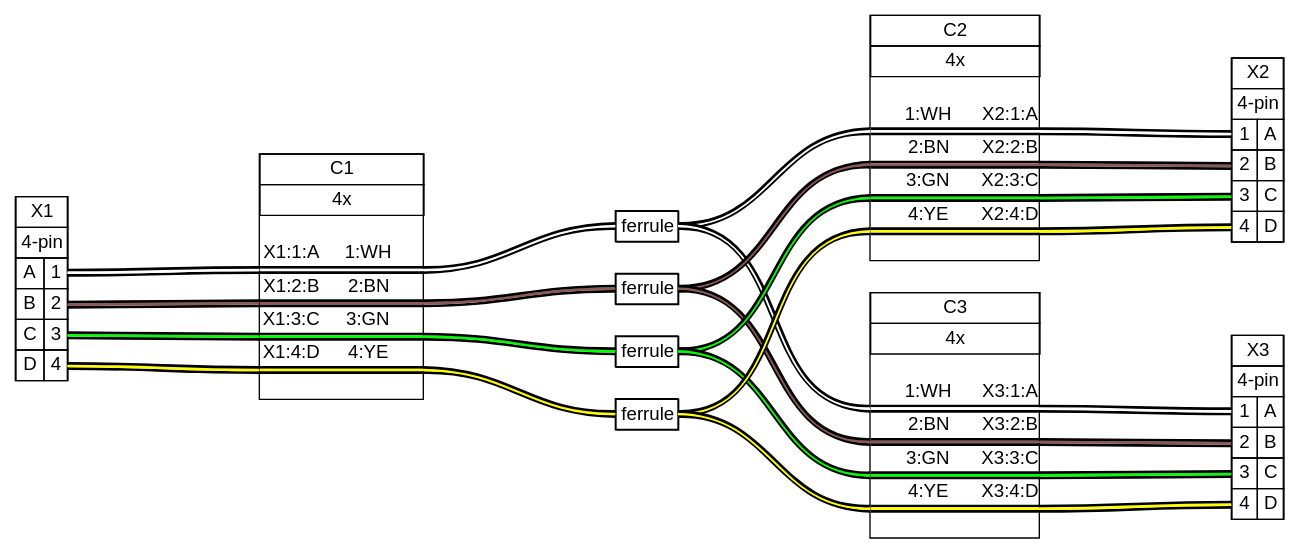
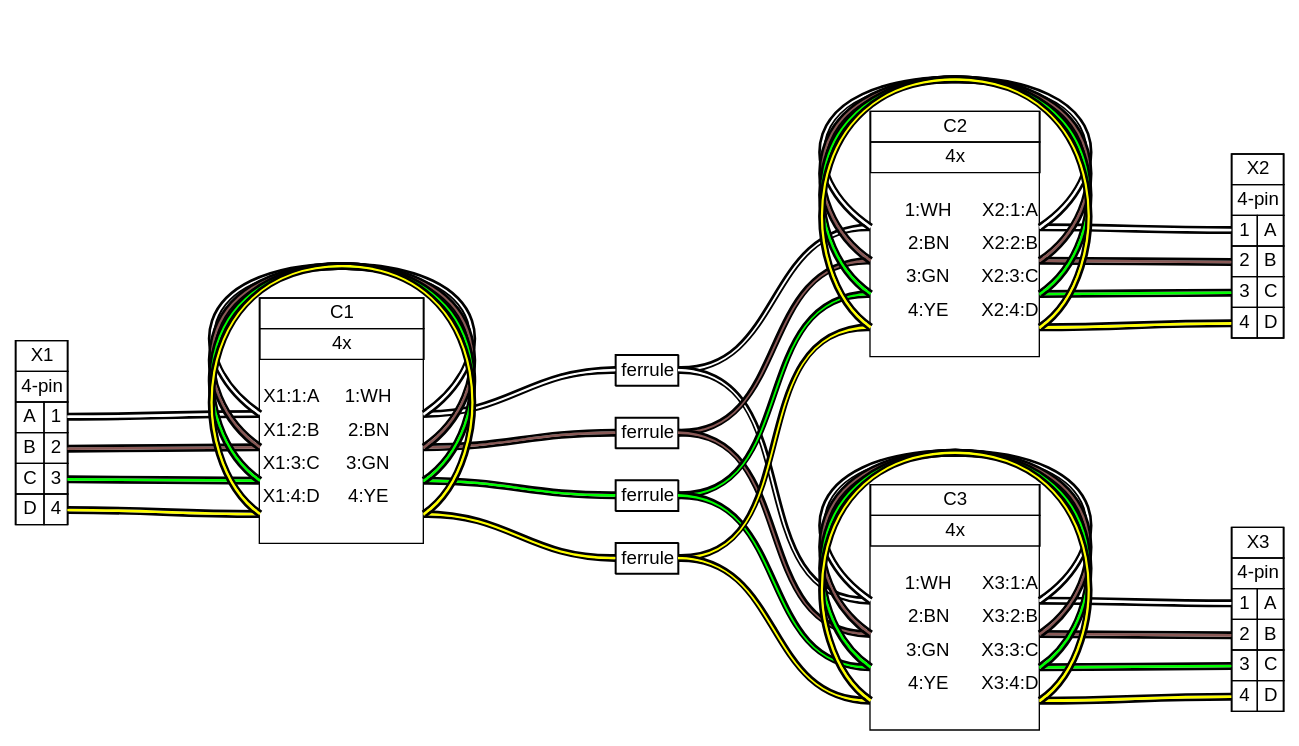
One commit to wireviz/WireViz changed the diagram in examples/ex13.gv. Above: the diagram before and after it, drawn with Graphviz. The commit also changed 104 other files, not shown here.

```diff
--- a/examples/ex13.gv
+++ b/examples/ex13.gv
@@ -1,9 +1,10 @@
 graph {
-// Graph generated by WireViz 0.4
+// Graph generated by WireViz 0.5-dev
 // https://github.com/formatc1702/WireViz
 	graph [bgcolor="#FFFFFF" fontname=arial nodesep=0.33 rankdir=LR ranksep=2]
 	node [fillcolor="#FFFFFF" fontname=arial height=0 margin=0 shape=none style=filled width=0]
 	edge [fontname=arial style=bold]
+	edge [headclip=true style=bold tailclip=true]
 	X1 [label=<
 <table border="0" cellspacing="0" cellpadding="0">
  <tr><td>
@@ -74,6 +75,7 @@
  </td></tr>
 </table>
 > fillcolor="#FFFFFF" shape=box style=filled]
+	edge [headclip=true style=bold tailclip=true]
 	X2 [label=<
 <table border="0" cellspacing="0" cellpadding="0">
  <tr><td>
@@ -108,6 +110,7 @@
  </td></tr>
 </table>
 > fillcolor="#FFFFFF" shape=box style=filled]
+	edge [headclip=true style=bold tailclip=true]
 	X3 [label=<
 <table border="0" cellspacing="0" cellpadding="0">
  <tr><td>
@@ -145,15 +148,19 @@
 	edge [color="#000000:#ffffff:#000000"]
 	X1:p1r:e -- C1:w1:w
 	C1:w1:e -- F1:w
+	C1:w1:w -- C1:w1:e [straight=straight]
 	edge [color="#000000:#895956:#000000"]
 	X1:p2r:e -- C1:w2:w
 	C1:w2:e -- F2:w
+	C1:w2:w -- C1:w2:e [straight=straight]
 	edge [color="#000000:#00ff00:#000000"]
 	X1:p3r:e -- C1:w3:w
 	C1:w3:e -- F3:w
+	C1:w3:w -- C1:w3:e [straight=straight]
 	edge [color="#000000:#ffff00:#000000"]
 	X1:p4r:e -- C1:w4:w
 	C1:w4:e -- F4:w
+	C1:w4:w -- C1:w4:e [straight=straight]
 	C1 [label=<
 <table border="0" cellspacing="0" cellpadding="0">
  <tr><td>
@@ -179,9 +186,7 @@
    <tr>
     <td colspan="3" border="0" cellspacing="0" cellpadding="0" port="w1" height="6">
      <table cellspacing="0" cellborder="0" border="0">
-      <tr><td colspan="3" cellpadding="0" height="2" bgcolor="#000000" border="0"></td></tr>
-      <tr><td colspan="3" cellpadding="0" height="2" bgcolor="#ffffff" border="0"></td></tr>
-      <tr><td colspan="3" cellpadding="0" height="2" bgcolor="#000000" border="0"></td></tr>
+    <tr><td colspan="3" cellpadding="0" height="6" border="0"></td></tr>
      </table>
     </td>
    </tr>
@@ -195,9 +200,7 @@
    <tr>
     <td colspan="3" border="0" cellspacing="0" cellpadding="0" port="w2" height="6">
      <table cellspacing="0" cellborder="0" border="0">
-      <tr><td colspan="3" cellpadding="0" height="2" bgcolor="#000000" border="0"></td></tr>
-      <tr><td colspan="3" cellpadding="0" height="2" bgcolor="#895956" border="0"></td></tr>
-      <tr><td colspan="3" cellpadding="0" height="2" bgcolor="#000000" border="0"></td></tr>
+    <tr><td colspan="3" cellpadding="0" height="6" border="0"></td></tr>
      </table>
     </td>
    </tr>
@@ -211,9 +214,7 @@
    <tr>
     <td colspan="3" border="0" cellspacing="0" cellpadding="0" port="w3" height="6">
      <table cellspacing="0" cellborder="0" border="0">
-      <tr><td colspan="3" cellpadding="0" height="2" bgcolor="#000000" border="0"></td></tr>
-      <tr><td colspan="3" cellpadding="0" height="2" bgcolor="#00ff00" border="0"></td></tr>
-      <tr><td colspan="3" cellpadding="0" height="2" bgcolor="#000000" border="0"></td></tr>
+    <tr><td colspan="3" cellpadding="0" height="6" border="0"></td></tr>
      </table>
     </td>
    </tr>
@@ -227,9 +228,7 @@
    <tr>
     <td colspan="3" border="0" cellspacing="0" cellpadding="0" port="w4" height="6">
      <table cellspacing="0" cellborder="0" border="0">
-      <tr><td colspan="3" cellpadding="0" height="2" bgcolor="#000000" border="0"></td></tr>
-      <tr><td colspan="3" cellpadding="0" height="2" bgcolor="#ffff00" border="0"></td></tr>
-      <tr><td colspan="3" cellpadding="0" height="2" bgcolor="#000000" border="0"></td></tr>
+    <tr><td colspan="3" cellpadding="0" height="6" border="0"></td></tr>
      </table>
     </td>
    </tr>
@@ -241,15 +240,19 @@
 	edge [color="#000000:#ffffff:#000000"]
 	F1:e -- C2:w1:w
 	C2:w1:e -- X2:p1l:w
+	C2:w1:w -- C2:w1:e [straight=straight]
 	edge [color="#000000:#895956:#000000"]
 	F2:e -- C2:w2:w
 	C2:w2:e -- X2:p2l:w
+	C2:w2:w -- C2:w2:e [straight=straight]
 	edge [color="#000000:#00ff00:#000000"]
 	F3:e -- C2:w3:w
 	C2:w3:e -- X2:p3l:w
+	C2:w3:w -- C2:w3:e [straight=straight]
 	edge [color="#000000:#ffff00:#000000"]
 	F4:e -- C2:w4:w
 	C2:w4:e -- X2:p4l:w
+	C2:w4:w -- C2:w4:e [straight=straight]
 	C2 [label=<
 <table border="0" cellspacing="0" cellpadding="0">
  <tr><td>
@@ -275,9 +278,7 @@
    <tr>
     <td colspan="3" border="0" cellspacing="0" cellpadding="0" port="w1" height="6">
      <table cellspacing="0" cellborder="0" border="0">
-      <tr><td colspan="3" cellpadding="0" height="2" bgcolor="#000000" border="0"></td></tr>
-      <tr><td colspan="3" cellpadding="0" height="2" bgcolor="#ffffff" border="0"></td></tr>
-      <tr><td colspan="3" cellpadding="0" height="2" bgcolor="#000000" border="0"></td></tr>
+    <tr><td colspan="3" cellpadding="0" height="6" border="0"></td></tr>
      </table>
     </td>
    </tr>
@@ -291,9 +292,7 @@
    <tr>
     <td colspan="3" border="0" cellspacing="0" cellpadding="0" port="w2" height="6">
      <table cellspacing="0" cellborder="0" border="0">
-      <tr><td colspan="3" cellpadding="0" height="2" bgcolor="#000000" border="0"></td></tr>
-      <tr><td colspan="3" cellpadding="0" height="2" bgcolor="#895956" border="0"></td></tr>
-      <tr><td colspan="3" cellpadding="0" height="2" bgcolor="#000000" border="0"></td></tr>
+    <tr><td colspan="3" cellpadding="0" height="6" border="0"></td></tr>
      </table>
     </td>
    </tr>
@@ -307,9 +306,7 @@
    <tr>
     <td colspan="3" border="0" cellspacing="0" cellpadding="0" port="w3" height="6">
      <table cellspacing="0" cellborder="0" border="0">
-      <tr><td colspan="3" cellpadding="0" height="2" bgcolor="#000000" border="0"></td></tr>
-      <tr><td colspan="3" cellpadding="0" height="2" bgcolor="#00ff00" border="0"></td></tr>
-      <tr><td colspan="3" cellpadding="0" height="2" bgcolor="#000000" border="0"></td></tr>
+    <tr><td colspan="3" cellpadding="0" height="6" border="0"></td></tr>
      </table>
     </td>
    </tr>
@@ -323,9 +320,7 @@
    <tr>
     <td colspan="3" border="0" cellspacing="0" cellpadding="0" port="w4" height="6">
      <table cellspacing="0" cellborder="0" border="0">
-      <tr><td colspan="3" cellpadding="0" height="2" bgcolor="#000000" border="0"></td></tr>
-      <tr><td colspan="3" cellpadding="0" height="2" bgcolor="#ffff00" border="0"></td></tr>
-      <tr><td colspan="3" cellpadding="0" height="2" bgcolor="#000000" border="0"></td></tr>
+    <tr><td colspan="3" cellpadding="0" height="6" border="0"></td></tr>
      </table>
     </td>
    </tr>
@@ -337,15 +332,19 @@
 	edge [color="#000000:#ffffff:#000000"]
 	F1:e -- C3:w1:w
 	C3:w1:e -- X3:p1l:w
+	C3:w1:w -- C3:w1:e [straight=straight]
 	edge [color="#000000:#895956:#000000"]
 	F2:e -- C3:w2:w
 	C3:w2:e -- X3:p2l:w
+	C3:w2:w -- C3:w2:e [straight=straight]
 	edge [color="#000000:#00ff00:#000000"]
 	F3:e -- C3:w3:w
 	C3:w3:e -- X3:p3l:w
+	C3:w3:w -- C3:w3:e [straight=straight]
 	edge [color="#000000:#ffff00:#000000"]
 	F4:e -- C3:w4:w
 	C3:w4:e -- X3:p4l:w
+	C3:w4:w -- C3:w4:e [straight=straight]
 	C3 [label=<
 <table border="0" cellspacing="0" cellpadding="0">
  <tr><td>
@@ -371,9 +370,7 @@
    <tr>
     <td colspan="3" border="0" cellspacing="0" cellpadding="0" port="w1" height="6">
      <table cellspacing="0" cellborder="0" border="0">
-      <tr><td colspan="3" cellpadding="0" height="2" bgcolor="#000000" border="0"></td></tr>
-      <tr><td colspan="3" cellpadding="0" height="2" bgcolor="#ffffff" border="0"></td></tr>
-      <tr><td colspan="3" cellpadding="0" height="2" bgcolor="#000000" border="0"></td></tr>
+    <tr><td colspan="3" cellpadding="0" height="6" border="0"></td></tr>
      </table>
     </td>
    </tr>
@@ -387,9 +384,7 @@
    <tr>
     <td colspan="3" border="0" cellspacing="0" cellpadding="0" port="w2" height="6">
      <table cellspacing="0" cellborder="0" border="0">
-      <tr><td colspan="3" cellpadding="0" height="2" bgcolor="#000000" border="0"></td></tr>
-      <tr><td colspan="3" cellpadding="0" height="2" bgcolor="#895956" border="0"></td></tr>
-      <tr><td colspan="3" cellpadding="0" height="2" bgcolor="#000000" border="0"></td></tr>
+    <tr><td colspan="3" cellpadding="0" height="6" border="0"></td></tr>
      </table>
     </td>
    </tr>
@@ -403,9 +398,7 @@
    <tr>
     <td colspan="3" border="0" cellspacing="0" cellpadding="0" port="w3" height="6">
      <table cellspacing="0" cellborder="0" border="0">
-      <tr><td colspan="3" cellpadding="0" height="2" bgcolor="#000000" border="0"></td></tr>
-      <tr><td colspan="3" cellpadding="0" height="2" bgcolor="#00ff00" border="0"></td></tr>
-      <tr><td colspan="3" cellpadding="0" height="2" bgcolor="#000000" border="0"></td></tr>
+    <tr><td colspan="3" cellpadding="0" height="6" border="0"></td></tr>
      </table>
     </td>
    </tr>
@@ -419,9 +412,7 @@
    <tr>
     <td colspan="3" border="0" cellspacing="0" cellpadding="0" port="w4" height="6">
      <table cellspacing="0" cellborder="0" border="0">
-      <tr><td colspan="3" cellpadding="0" height="2" bgcolor="#000000" border="0"></td></tr>
-      <tr><td colspan="3" cellpadding="0" height="2" bgcolor="#ffff00" border="0"></td></tr>
-      <tr><td colspan="3" cellpadding="0" height="2" bgcolor="#000000" border="0"></td></tr>
+    <tr><td colspan="3" cellpadding="0" height="6" border="0"></td></tr>
      </table>
     </td>
    </tr>
```
